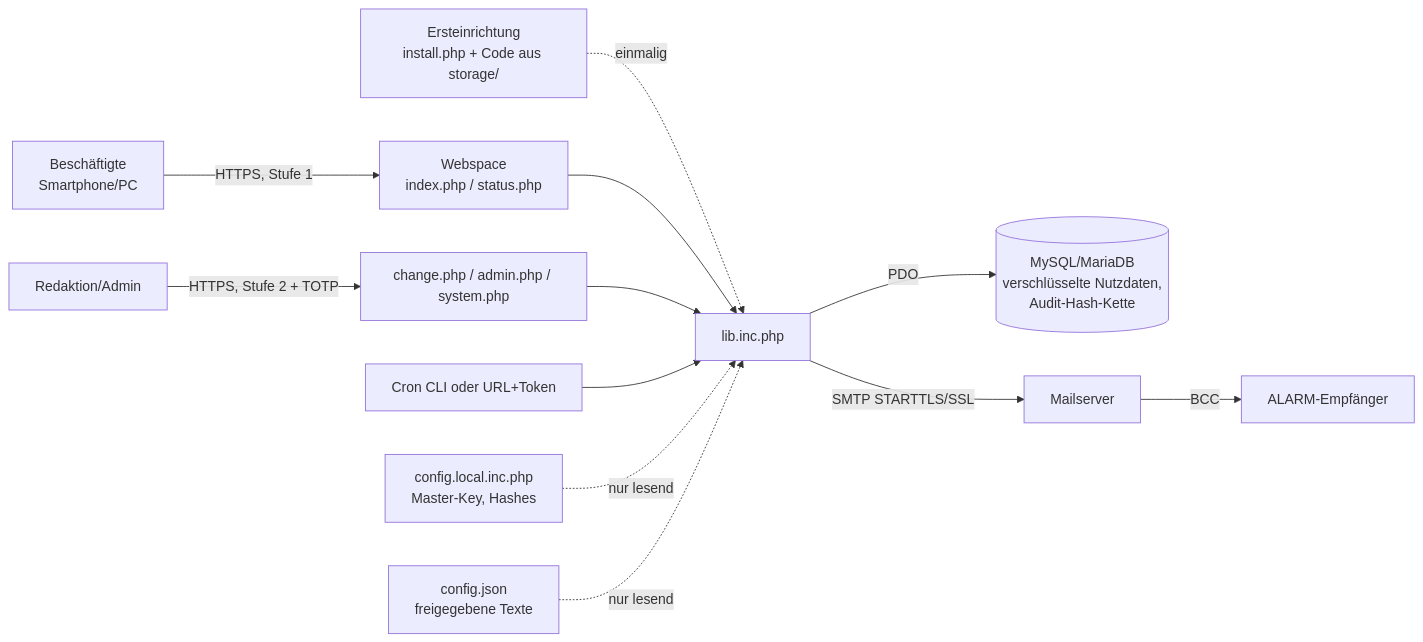
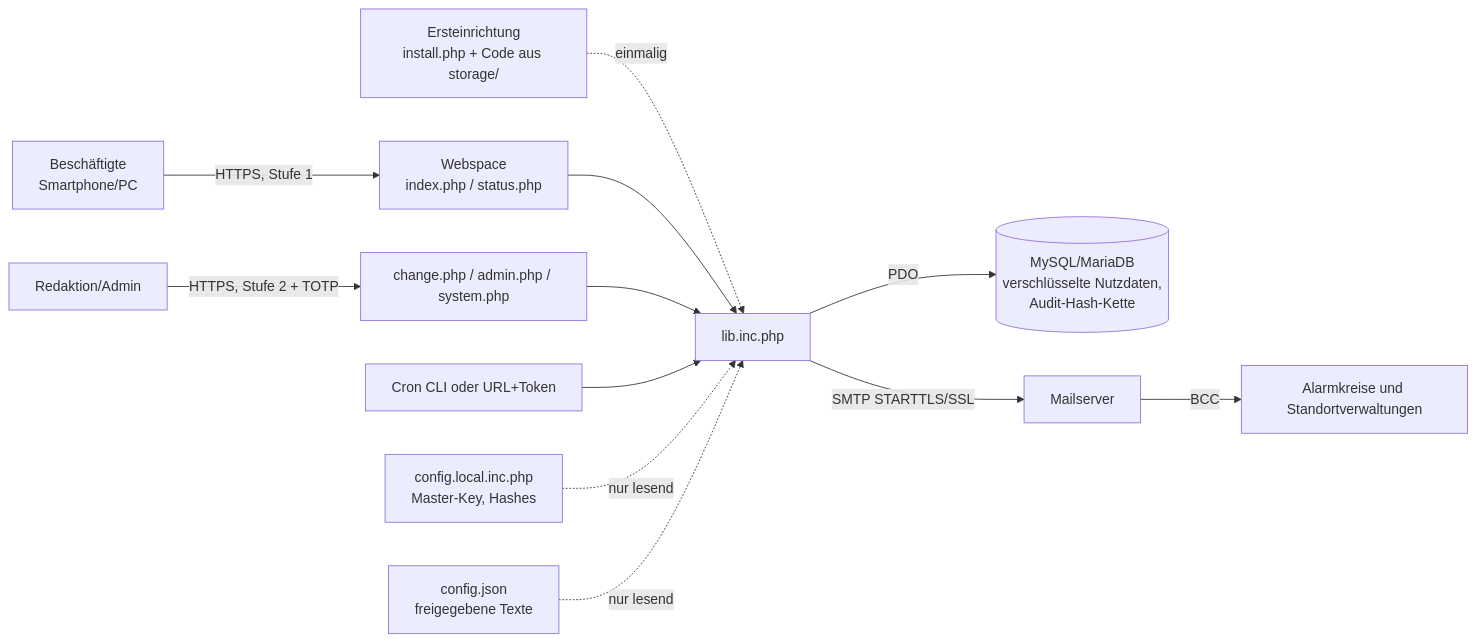
Before and after one commit to yannickid/Status-BCM: the diagram in docs/05-sicherheit-und-audit.md, drawn with Mermaid. The commit also changed other lines of this file and 20 other files, not shown here.

````diff
--- a/docs/05-sicherheit-und-audit.md
+++ b/docs/05-sicherheit-und-audit.md
@@ -46,13 +46,13 @@
 ```mermaid
 flowchart LR
   B[Beschäftigte<br>Smartphone/PC] -- HTTPS, Stufe 1 --> W[Webspace<br>index.php / status.php]
   R[Redaktion/Admin] -- HTTPS, Stufe 2 + TOTP --> C[change.php / admin.php / system.php]
   I[Ersteinrichtung<br>install.php + Code aus storage/] -. einmalig .-> L
   W --> L[lib.inc.php]
   C --> L
   L -- PDO --> D[(MySQL/MariaDB<br>verschlüsselte Nutzdaten,<br>Audit-Hash-Kette)]
-  L -- SMTP STARTTLS/SSL --> M[Mailserver] -- BCC --> E[ALARM-Empfänger]
+  L -- SMTP STARTTLS/SSL --> M[Mailserver] -- BCC --> E[Alarmkreise und Standortverwaltungen]
   K[Cron CLI oder URL+Token] --> L
   F[config.local.inc.php<br>Master-Key, Hashes] -. nur lesend .-> L
   J[config.json<br>freigegebene Texte] -. nur lesend .-> L
 ```
````
